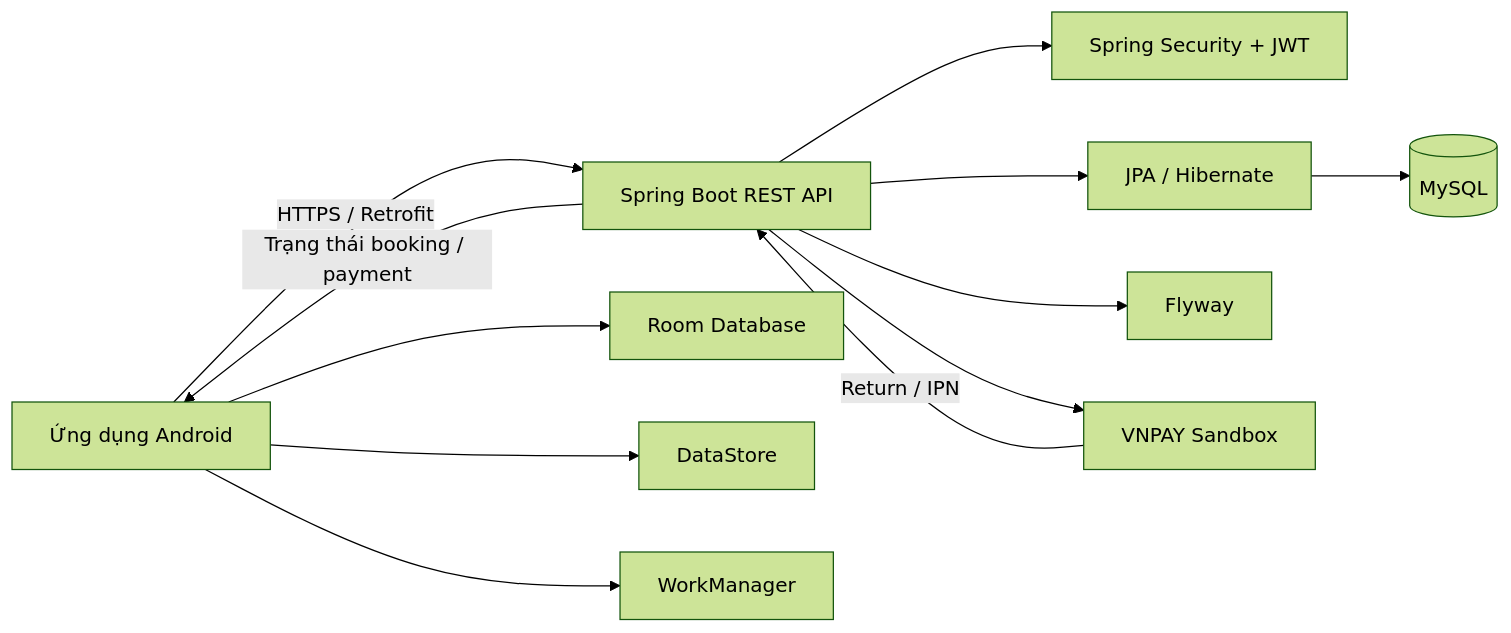
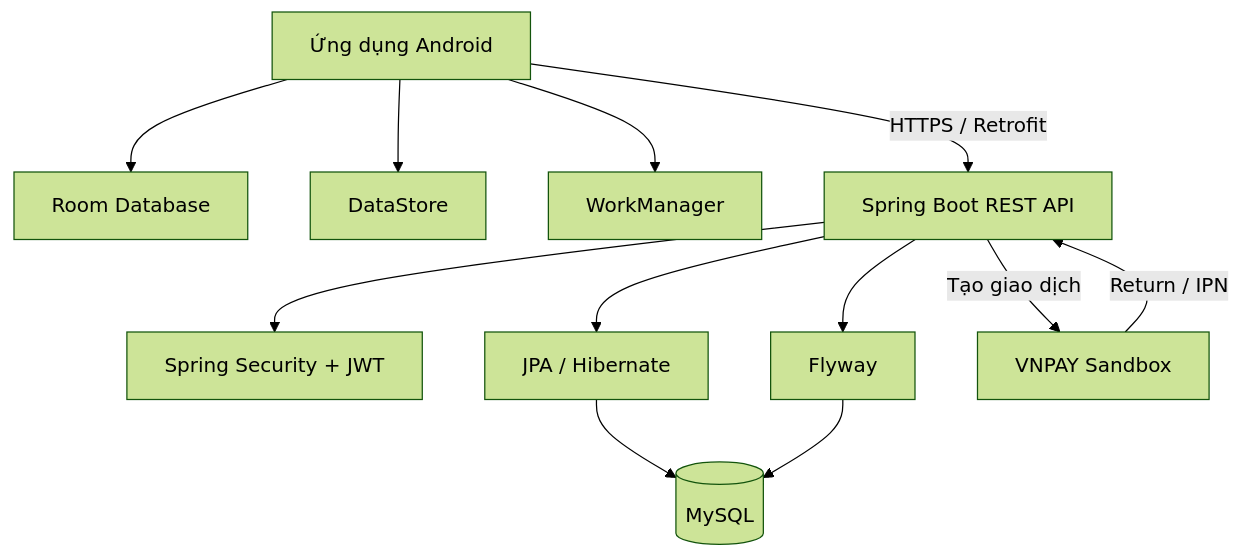
One commit to truongnguyen3006/BookingHotel changed the diagram in README.md. Above: the diagram before and after it, drawn with Mermaid (forest theme). The commit also changed other lines of this file, not shown here.

Commit message:
docs: add admin features and fix architecture diagram

````diff
--- a/README.md
+++ b/README.md
@@ -102,16 +115,31 @@
 ```mermaid
-flowchart LR
-    A[Ứng dụng Android] -->|HTTPS / Retrofit| B[Spring Boot REST API]
-    A --> C[Room Database]
-    A --> D[DataStore]
-    A --> E[WorkManager]
+flowchart TB
+    A["Ứng dụng Android"]
 
-    B --> F[Spring Security + JWT]
-    B --> G[JPA / Hibernate]
-    G --> H[(MySQL)]
-    B --> I[Flyway]
-    B --> J[VNPAY Sandbox]
+    C["Room Database"]
+    D["DataStore"]
+    E["WorkManager"]
 
-    J -->|Return / IPN| B
-    B -->|Trạng thái booking / payment| A
+    B["Spring Boot REST API"]
+    F["Spring Security + JWT"]
+    G["JPA / Hibernate"]
+    I["Flyway"]
+
+    H[("MySQL")]
+    J["VNPAY Sandbox"]
+
+    A -->|"HTTPS / Retrofit"| B
+
+    A --> C
+    A --> D
+    A --> E
+
+    B --> F
+    B --> G
+    G --> H
+    B --> I
+    I --> H
+
+    B -->|"Tạo giao dịch"| J
+    J -->|"Return / IPN"| B
 ```
````
